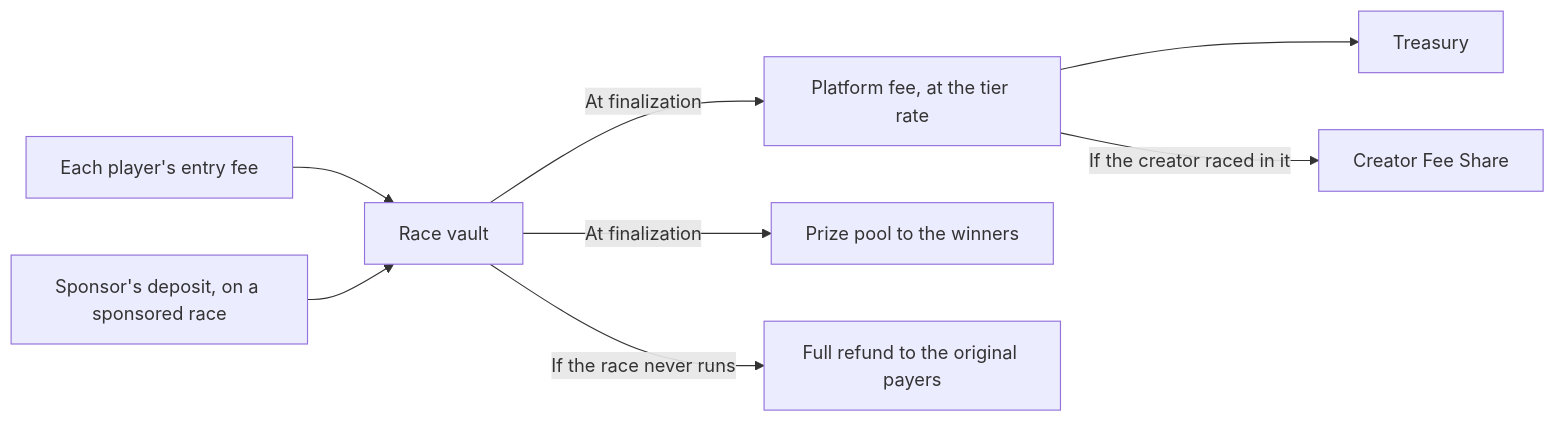
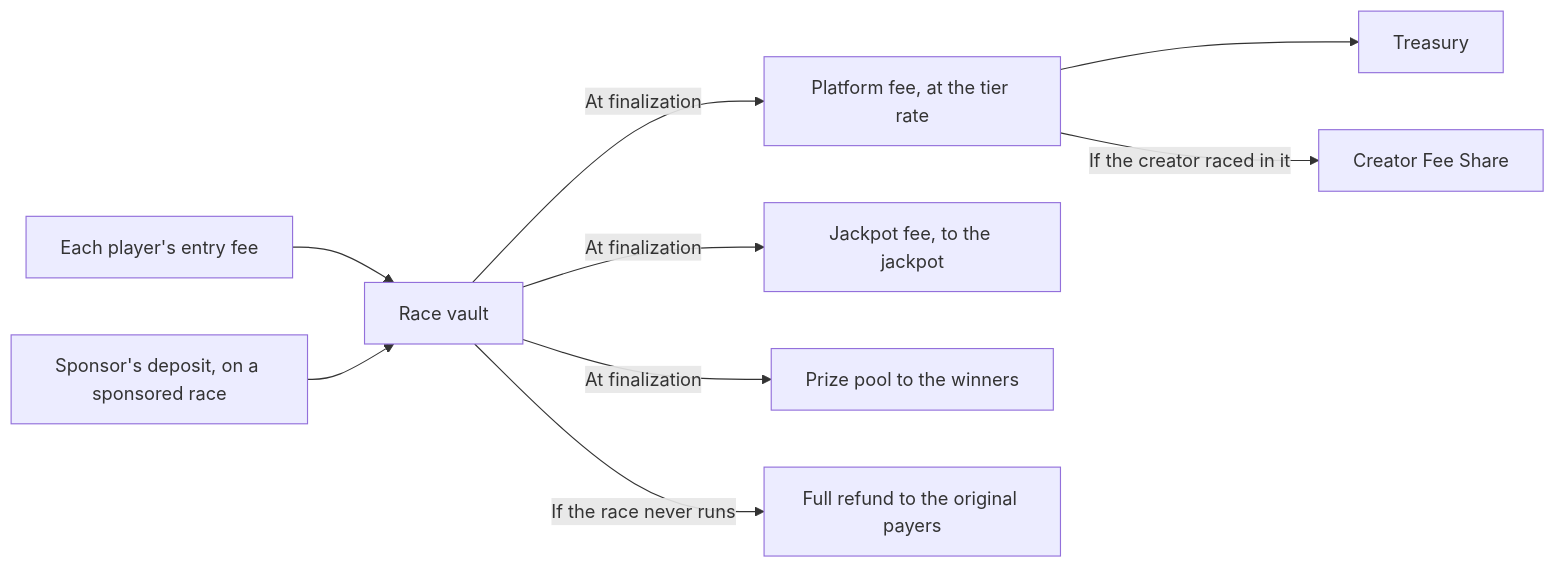
One commit to TheLuckyDucks/docs changed the diagram in docs/economy/fees-and-prizes.md. Above: the diagram before and after it, drawn with Mermaid. The commit also changed other lines of this file and 18 other files, not shown here.

````diff
--- a/docs/economy/fees-and-prizes.md
+++ b/docs/economy/fees-and-prizes.md
@@ -10,10 +10,11 @@
 ```mermaid
 flowchart LR
     P["Each player's entry fee"] --> V["Race vault"]
     S["Sponsor's deposit, on a sponsored race"] --> V
     V -->|"At finalization"| F["Platform fee, at the tier rate"]
+    V -->|"At finalization"| J["Jackpot fee, to the jackpot"]
     V -->|"At finalization"| W["Prize pool to the winners"]
     F --> T["Treasury"]
     F -->|"If the creator raced in it"| C["Creator Fee Share"]
     V -->|"If the race never runs"| R["Full refund to the original payers"]
 ```
````
